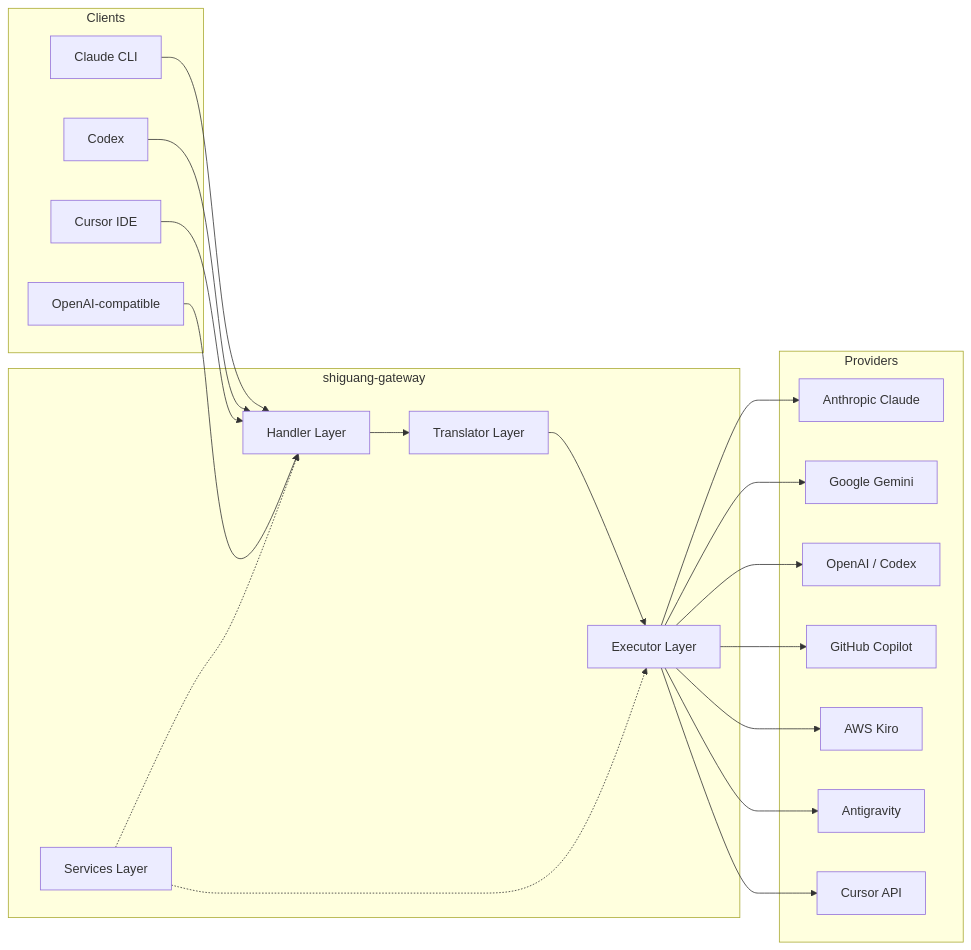
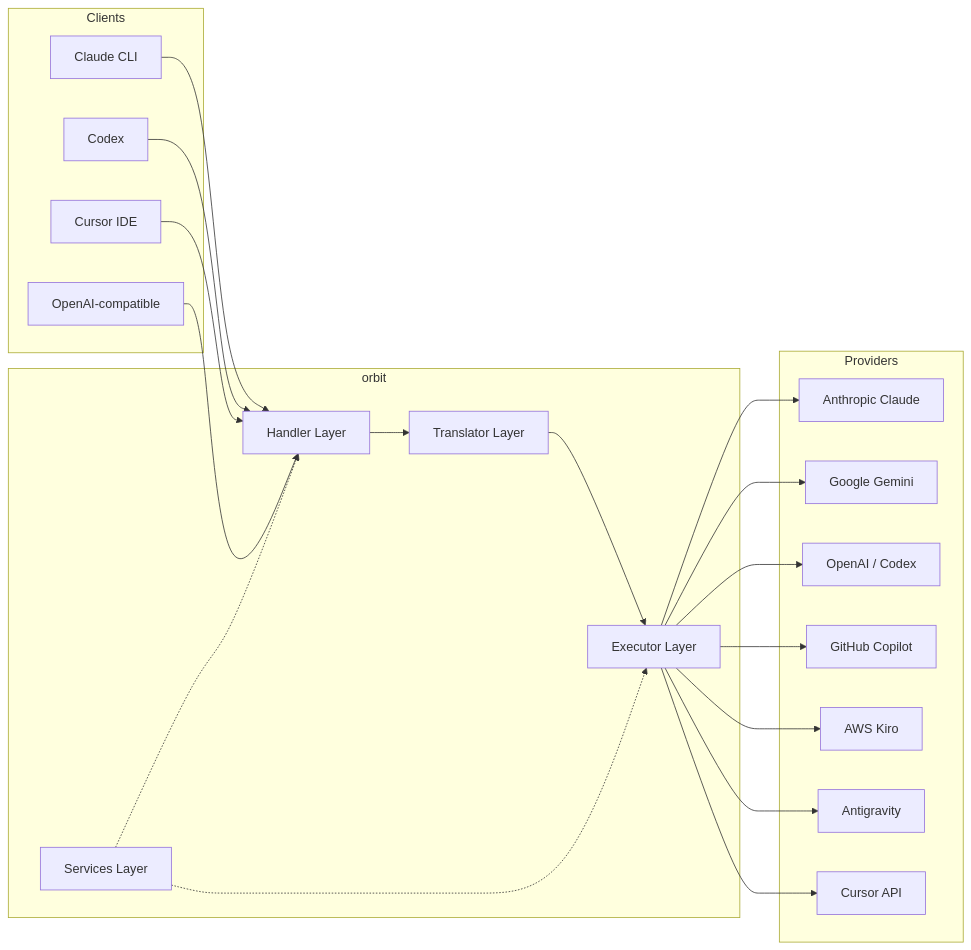
The first of 12 diagrams in packages/core/docs/i18n/ar/docs/architecture/CODEBASE_DOCUMENTATION.md (shiguang-lab/orbit), drawn with Mermaid before and after one commit. The commit also changed other lines of this file and 2405 other files, not shown here.

Commit message:
refactor: retire Shiguang Gateway identifiers

````diff
--- a/packages/core/docs/i18n/ar/docs/architecture/CODEBASE_DOCUMENTATION.md
+++ b/packages/core/docs/i18n/ar/docs/architecture/CODEBASE_DOCUMENTATION.md
@@ -23,42 +23,42 @@
 ```mermaid
 graph LR
     subgraph Clients
         A[Claude CLI]
         B[Codex]
         C[Cursor IDE]
         D[OpenAI-compatible]
     end
 
-    subgraph shiguang-gateway
+    subgraph orbit
         E[Handler Layer]
         F[Translator Layer]
         G[Executor Layer]
         H[Services Layer]
     end
 
     subgraph Providers
         I[Anthropic Claude]
         J[Google Gemini]
         K[OpenAI / Codex]
         L[GitHub Copilot]
         M[AWS Kiro]
         N[Antigravity]
         O[Cursor API]
     end
 
     A --> E
     B --> E
     C --> E
     D --> E
     E --> F
     F --> G
     G --> I
     G --> J
     G --> K
     G --> L
     G --> M
     G --> N
     G --> O
     H -.-> E
     H -.-> G
 ```
````
